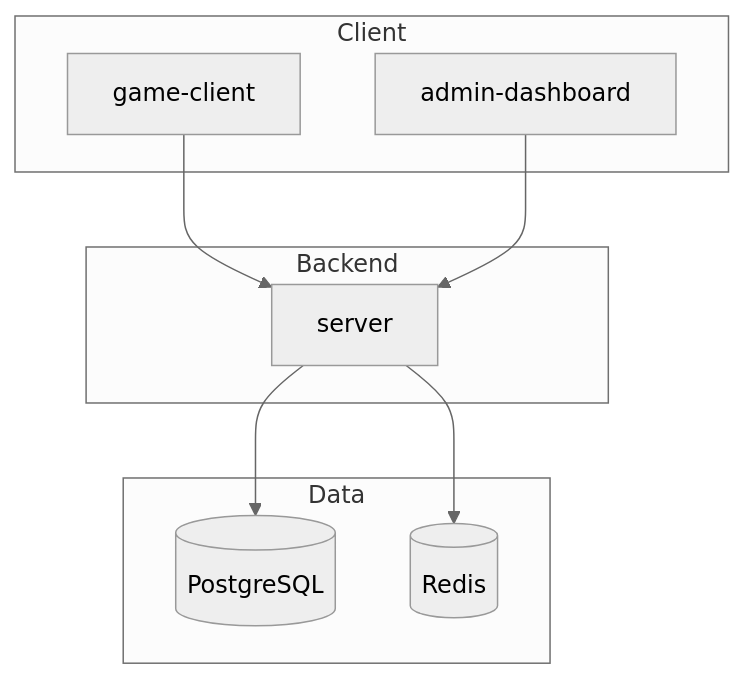
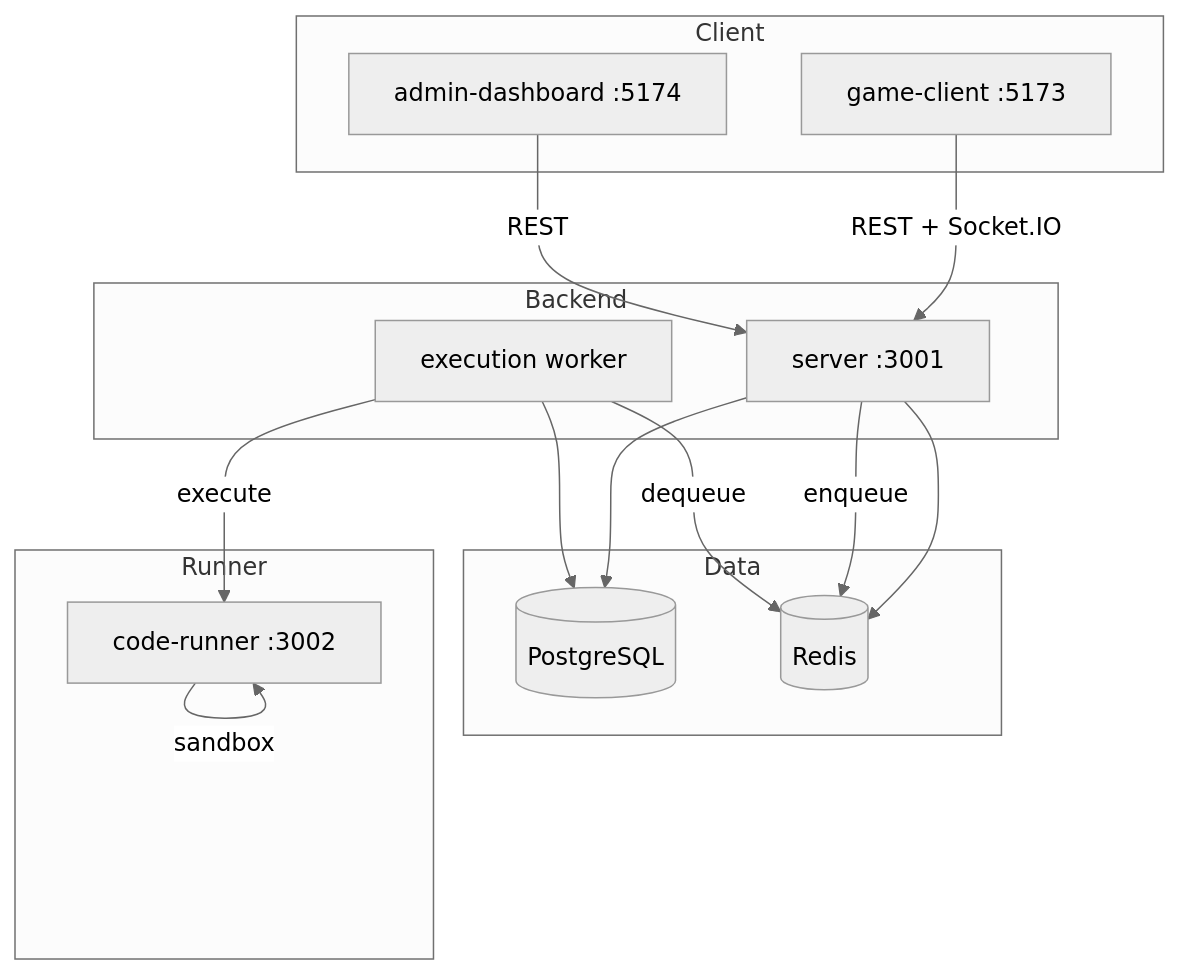
Before and after one commit to Dilipkumar01837/except3d_cte_project_sourcecode: the diagram in docs/Architecture.md, drawn with Mermaid (neutral theme). The commit also changed other lines of this file and 123 other files, not shown here.

````diff
--- a/docs/Architecture.md
+++ b/docs/Architecture.md
@@ -7,21 +7,31 @@
 ```mermaid
 flowchart TB
     subgraph Client
-        GC[game-client]
-        AD[admin-dashboard]
+        GC[game-client :5173]
+        AD[admin-dashboard :5174]
     end
 
     subgraph Backend
-        API[server]
+        API[server :3001]
+        WKR[execution worker]
     end
 
     subgraph Data
         PG[(PostgreSQL)]
         RD[(Redis)]
     end
 
-    GC --> API
-    AD --> API
+    subgraph Runner
+        CR[code-runner :3002]
+    end
+
+    GC -->|REST + Socket.IO| API
+    AD -->|REST| API
     API --> PG
     API --> RD
+    API -->|enqueue| RD
+    WKR -->|dequeue| RD
+    WKR --> PG
+    WKR -->|execute| CR
+    CR -->|sandbox| CR
 ```
````
